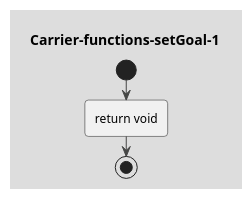
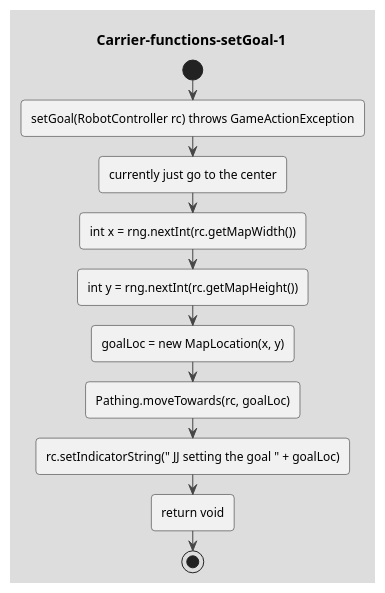
The diagram in drawings/Carrier-functions-setGoal-1.puml (coding-to-music/plantuml-diagram-examples), drawn with PlantUML before and after one commit. The commit also changed 8 other files, not shown here.

```diff
--- a/drawings/Carrier-functions-setGoal-1.puml
+++ b/drawings/Carrier-functions-setGoal-1.puml
@@ -1,47 +1,51 @@
 @startuml Carrier-functions-setGoal-1
 !theme toy 
 title Carrier-functions-setGoal-1
 start
 
-' static void setGoal(RobotController rc) throws GameActionException {
+:setGoal(RobotController rc) throws GameActionException;
 
-' int x = rng.nextInt(rc.getMapWidth());
-' int y = rng.nextInt(rc.getMapHeight());
-' goalLoc = new MapLocation(x, y);
+:currently just go to the center;
 
+:int x = rng.nextInt(rc.getMapWidth());
+:int y = rng.nextInt(rc.getMapHeight());
+:goalLoc = new MapLocation(x, y);
+
+:Pathing.moveTowards(rc, goalLoc);
+:rc.setIndicatorString(" JJ setting the goal " + goalLoc);
+
+' if (goalDebug) then (true)
+'     System.out.println(logDetails + " JJ setGoal goalLoc " + goalLoc );
+' else (no)
+' endif
+
+' // goalLoc = new MapLocation(rc.getMapWidth()/4, rc.getMapHeight()/4);
 ' // goalLoc = inverseHQLoc;
 ' //
 
-' // goalLoc = new MapLocation(rc.getMapWidth()/4, rc.getMapHeight()/4);
-' Pathing.moveTowards(rc, goalLoc);
-' rc.setIndicatorString(" JJ setting the goal " + goalLoc);
-' if (goalDebug) {
-'     System.out.println(logDetails + " JJ setGoal goalLoc " + goalLoc );
-' }
-' }
 ' // canTransferResource(MapLocation, ResourceType, int) - Method in interface battlecode.common.RobotController
 ' // Tests whether the robot can transfer resource to a given location.
 
 ' // transferResource(MapLocation, ResourceType, int) - Method in interface battlecode.common.RobotController
 ' // Transfers resource to given location.
 
 ' // UPGRADE_WELL_AMOUNT - Static variable in class battlecode.common.GameConstants
 ' // The amount of adamantium or mana needed to upgrade a well's transfer rate
 
 ' // UPGRADE_TO_ELIXIR - Static variable in class battlecode.common.GameConstants
 ' // The amount of adamantium or mana needed to upgrade a well to elixir
 
 ' // buildCostElixir - Variable in enum battlecode.common.RobotType
 ' // Elixir cost to build a given robot or building.
 
 ' // elixirCost - Variable in enum battlecode.common.Anchor
 ' // The cost to build this anchor in elixir.
 
 ' // static void scanWells(RobotController rc) throws GameActionException {
 ' //     WellInfo[] wells = rc.senseNearbyWells();
 ' //     if(wells.length > 0) wellLoc = wells[0].getMapLocation();
 ' // }
 
 :return void; 
 stop
 @enduml
```
